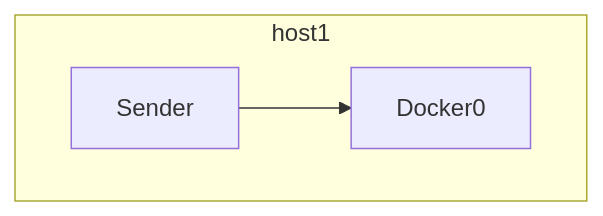
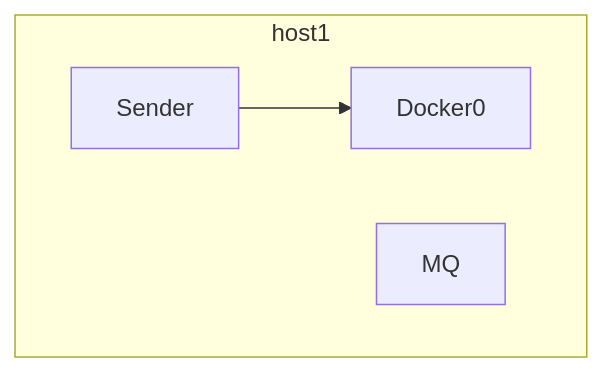
One commit to googlelxhgithub/iodraw-files changed the diagram in all/network.md. Above: the diagram before and after it, drawn with Mermaid.

Commit message:
2024-08-30 21:46:11 update

````diff
--- a/all/network.md
+++ b/all/network.md
@@ -1,8 +1,9 @@
 ```mermaid
 flowchart TD
     subgraph host1
     Sender --> Docker0
+    MQ
 
     end
  
 ```
````
